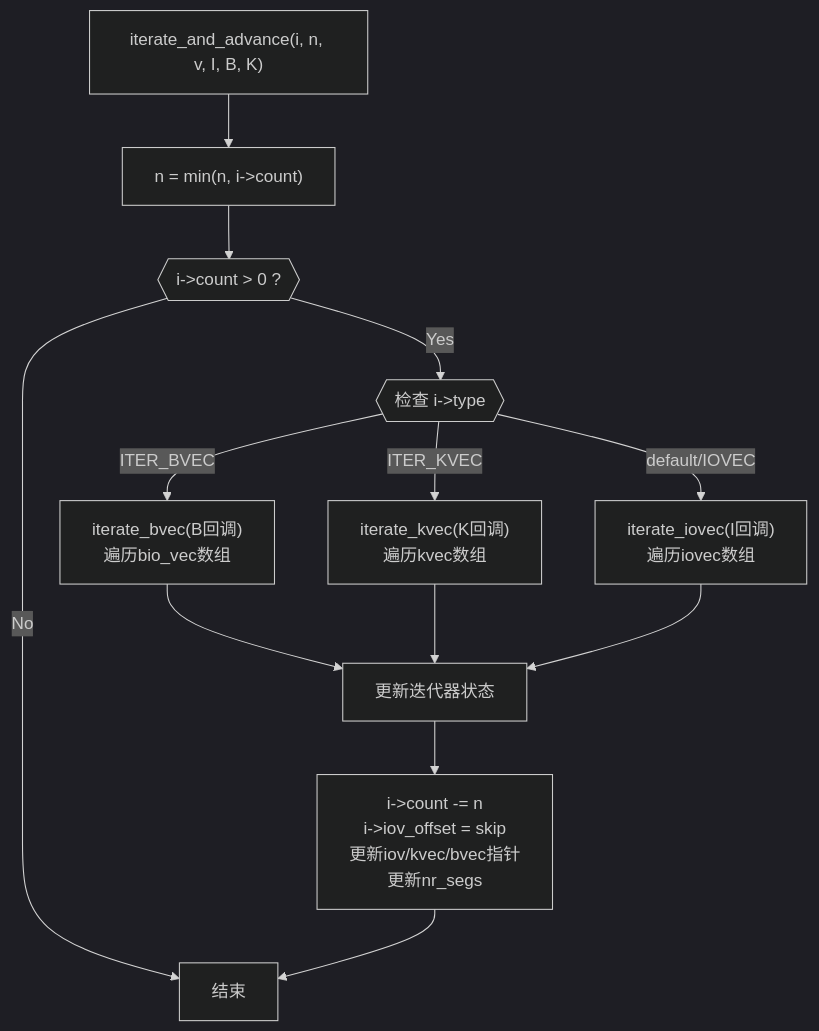
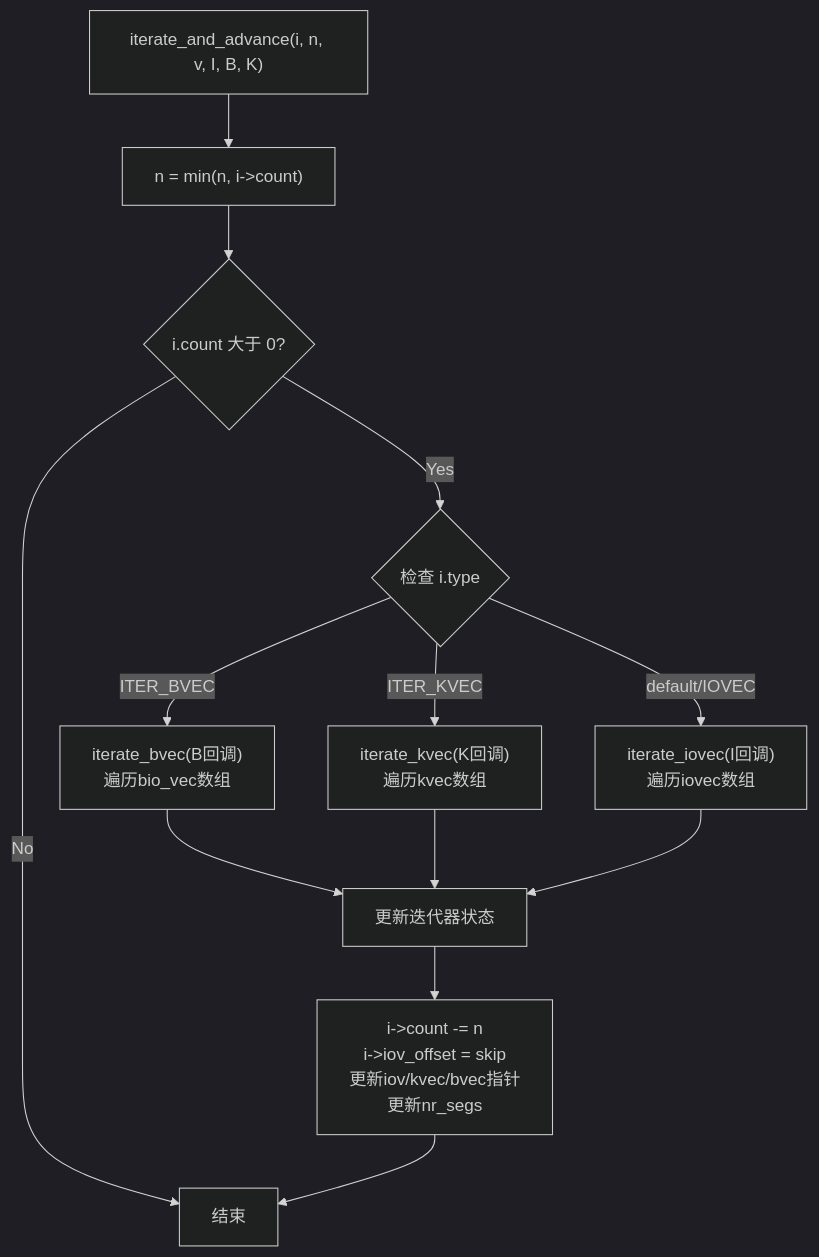
Before and after one commit to pandaychen/pandaychen.github.io: the tenth of 15 diagrams in _posts/2025-07-03-A-LINUX-KERNEL-TRAVEL-16.md, drawn with Mermaid (dark theme). The commit also changed other lines of this file, not shown here.

Commit message:
update io

````diff
--- a/_posts/2025-07-03-A-LINUX-KERNEL-TRAVEL-16.md
+++ b/_posts/2025-07-03-A-LINUX-KERNEL-TRAVEL-16.md
@@ -929,15 +929,15 @@
 ```mermaid
 flowchart TB
     START["iterate_and_advance(i, n, v, I, B, K)"] --> CAP["n = min(n, i->count)"]
-    CAP --> CHECK{{"i->count > 0 ?"}}
+    CAP --> CHECK{"i.count 大于 0?"}
     CHECK -->|No| DONE["结束"]
-    CHECK -->|Yes| TYPE{{"检查 i->type"}}
+    CHECK -->|Yes| TYPE{"检查 i.type"}
     TYPE -->|ITER_BVEC| BVEC["iterate_bvec(B回调)<br/>遍历bio_vec数组"]
     TYPE -->|ITER_KVEC| KVEC["iterate_kvec(K回调)<br/>遍历kvec数组"]
     TYPE -->|default/IOVEC| IOVEC["iterate_iovec(I回调)<br/>遍历iovec数组"]
     BVEC --> UPDATE["更新迭代器状态"]
     KVEC --> UPDATE
     IOVEC --> UPDATE
     UPDATE --> FINAL["i->count -= n<br/>i->iov_offset = skip<br/>更新iov/kvec/bvec指针<br/>更新nr_segs"]
     FINAL --> DONE
 ```
````
